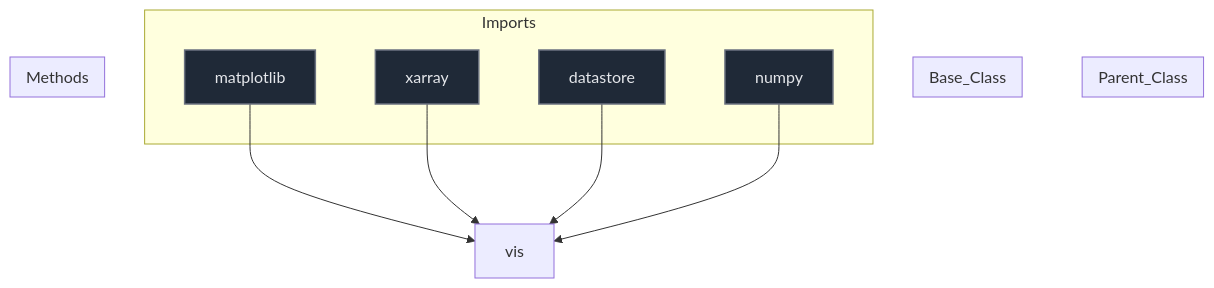
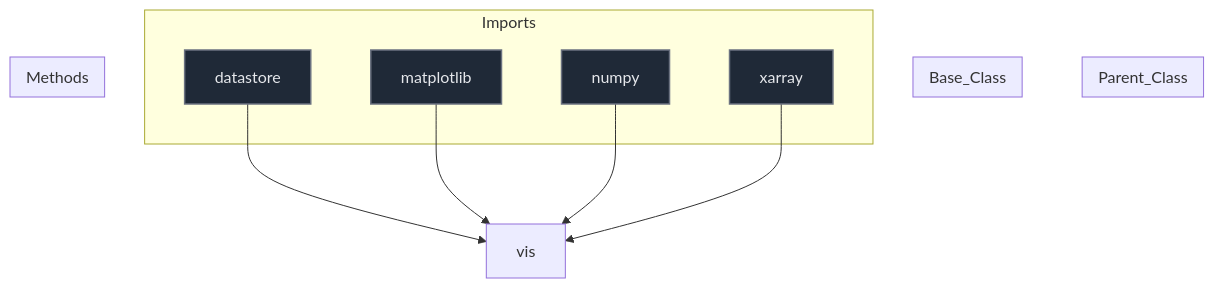
Before and after one commit to mllam/neural-lam: the diagram in docs/diagrams/vis_diagram.md, drawn with Mermaid. The commit also changed 21 other files, not shown here.

Commit message:
Auto-update Mermaid diagrams

````diff
--- a/docs/diagrams/vis_diagram.md
+++ b/docs/diagrams/vis_diagram.md
@@ -1,37 +1,37 @@
 ```mermaid
 %%{init: {'flowchart': {'nodeSpacing': 60, 'rankSpacing': 80}}}%%
 flowchart TD
 
 module["vis"]
 
 subgraph Parent_Class
 end
 
 subgraph Base_Class
 end
 
 
 subgraph Imports
+    datastore["datastore"]
     matplotlib["matplotlib"]
+    numpy["numpy"]
     xarray["xarray"]
-    datastore["datastore"]
-    numpy["numpy"]
 end
 
+    datastore --> module
     matplotlib --> module
+    numpy --> module
     xarray --> module
-    datastore --> module
-    numpy --> module
 
 subgraph Methods
 end
 
 
 classDef parent fill:#0f172a,stroke:#3b82f6,stroke-width:2px,color:#f1f5f9,font-size:16px
 classDef base fill:#78350f,stroke:#f59e0b,stroke-width:1px,color:#fde68a,font-size:16px
 classDef import fill:#1f2937,stroke:#6b7280,stroke-width:1.5px,color:#e5e7eb,font-size:16px
 classDef method fill:#2d043f,stroke:#7c3aed,stroke-width:1.5px,color:#ede9fe,font-size:16px
 classDef callNode fill:#064e3b,stroke:#10b981,stroke-width:1.5px,color:#d1fae5,font-size:16px
-class matplotlib,xarray,datastore,numpy import
+class datastore,matplotlib,numpy,xarray import
 
 ```
````
